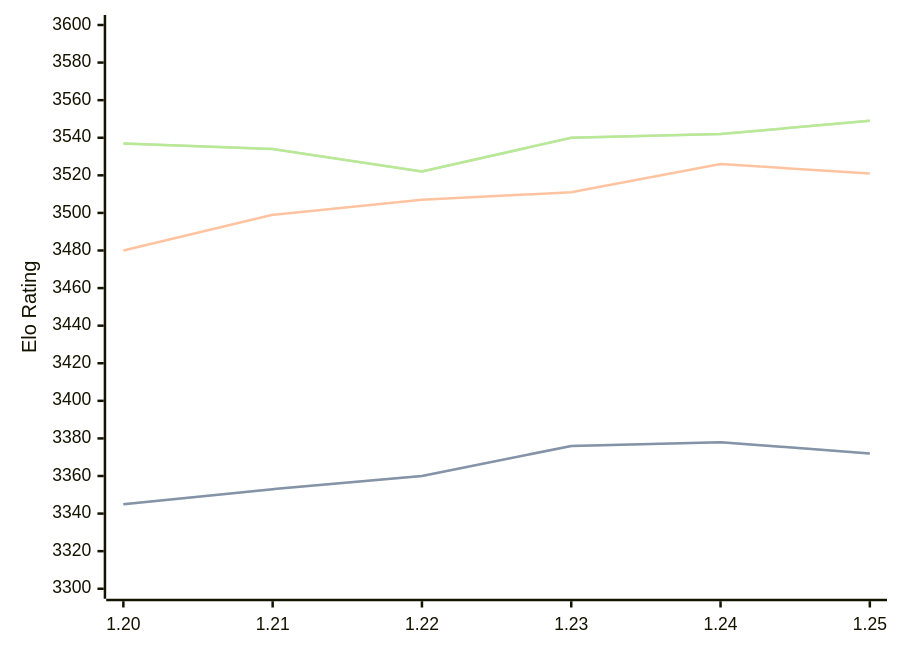
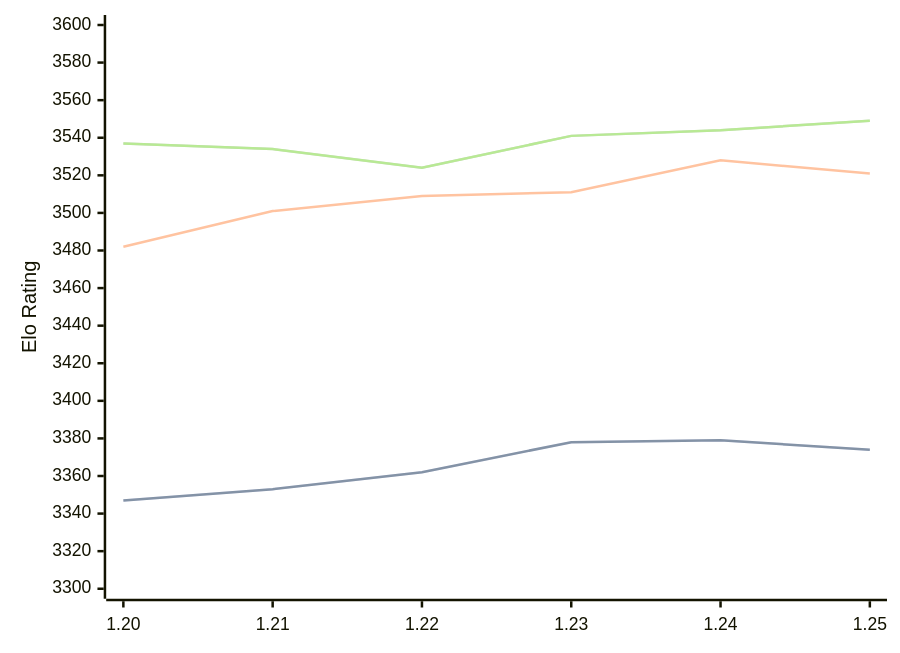
One commit to computer-chess-index/cci changed the diagram in engines/Caissa.md. Above: the diagram before and after it, drawn with Mermaid. The commit also changed other lines of this file, not shown here.

Commit message:
Update CCI Ratings (ELO VLTC) - 2026-07-31

````diff
--- a/engines/Caissa.md
+++ b/engines/Caissa.md
@@ -65,11 +65,11 @@
 ```mermaid
 %%{init: {"theme":"base","themeVariables":{"seriesColors:['#a3a3a3','#222221','#faa371']}}}%%
 xychart-beta
   x-axis ["1.20", "1.21", "1.22", "1.23", "1.24", "1.25"]
   y-axis "Elo Rating" 3300 --> 3600
-  line "STC (8.0+0.08s)" [3345, 3353, 3360, 3376, 3378, 3372]
-  line "STC (8.0+0.08s)" [3345, 3353, 3360, 3376, 3378, 3372]
-  line "LTC (60.0+0.60s)" [3480, 3499, 3507, 3511, 3526, 3521]
-  line "VLTC (2m24s+1.12s)" [3537, 3534, 3522, 3540, 3542, 3549]
-  line "VLTC (2m24s+1.12s)" [3537, 3534, 3522, 3540, 3542, 3549]
+  line "STC (8.0+0.08s)" [3347, 3353, 3362, 3378, 3379, 3374]
+  line "STC (8.0+0.08s)" [3347, 3353, 3362, 3378, 3379, 3374]
+  line "LTC (60.0+0.60s)" [3482, 3501, 3509, 3511, 3528, 3521]
+  line "VLTC (2m24s+1.12s)" [3537, 3534, 3524, 3541, 3544, 3549]
+  line "VLTC (2m24s+1.12s)" [3537, 3534, 3524, 3541, 3544, 3549]
 ```
````
